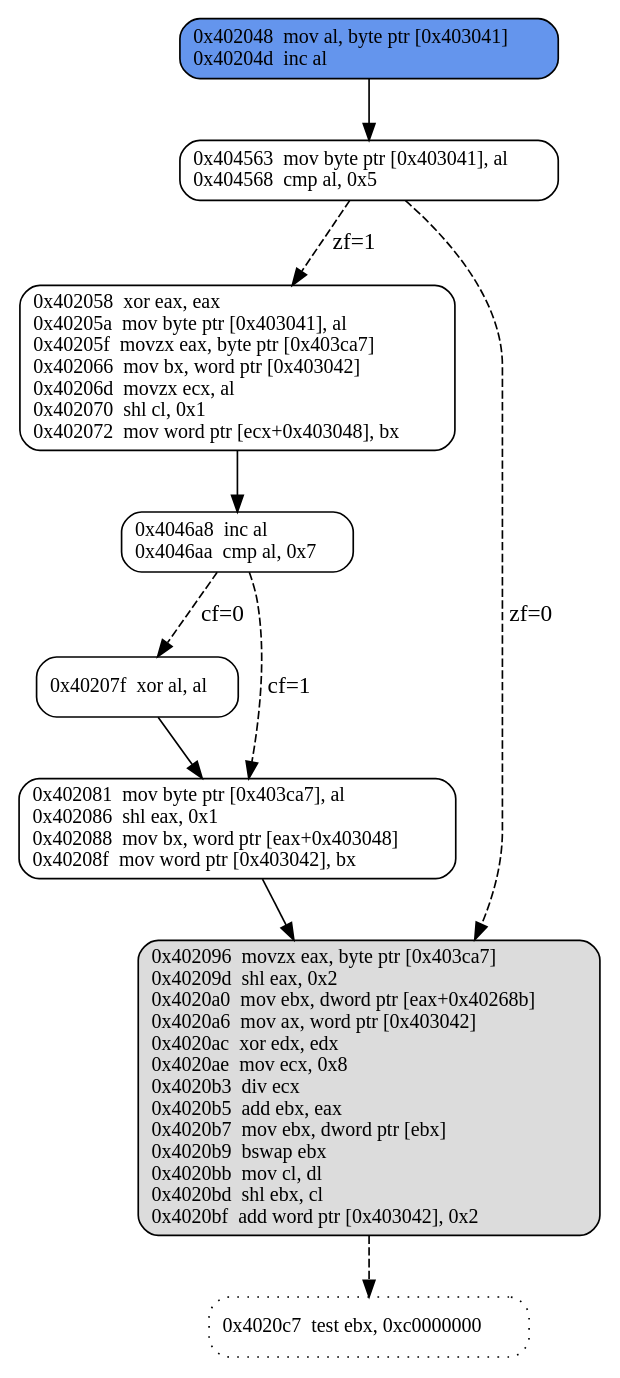
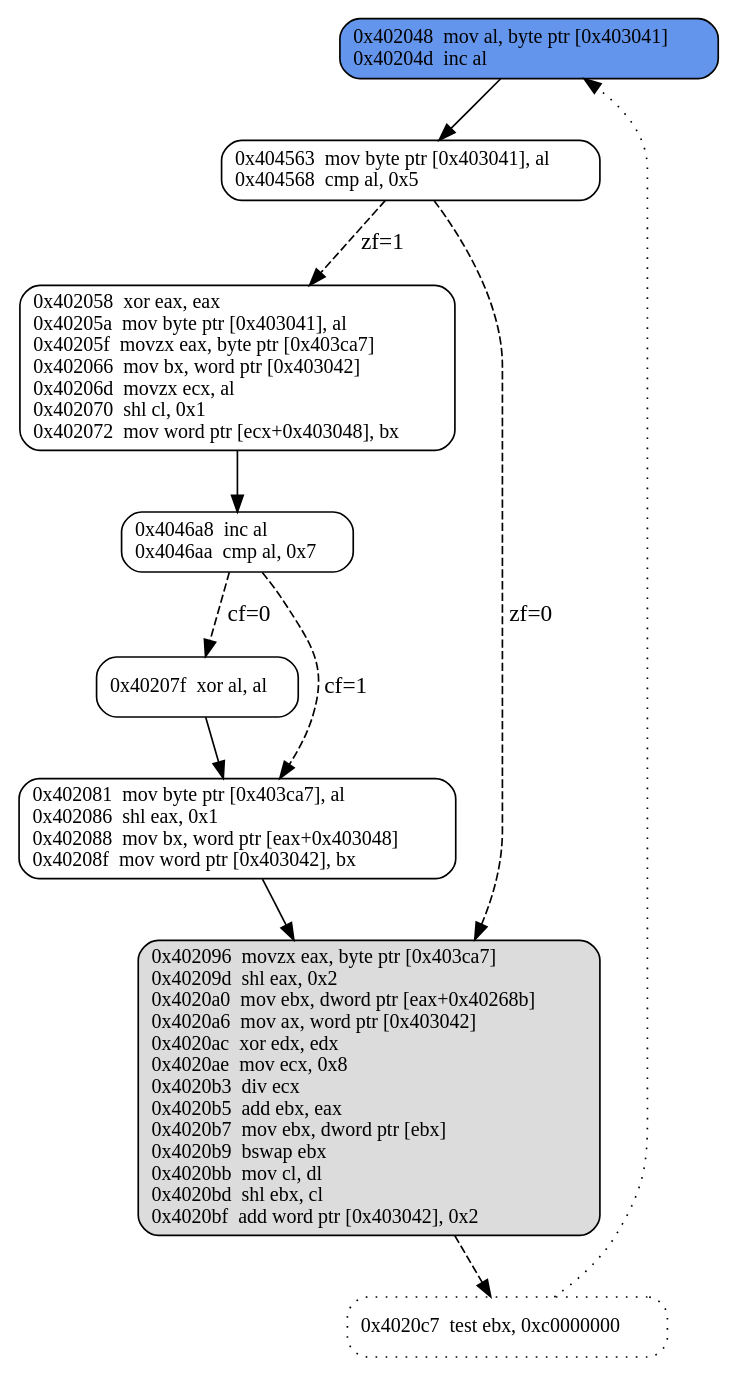
Before and after one commit to tathanhdinh/write-ups: the diagram in F4b_XOR_W4kfu_GreHack2015_part2/images/f4b_vm1_dispatcher.dot, drawn with Graphviz. The commit also changed 6 other files, not shown here.

```diff
--- a/F4b_XOR_W4kfu_GreHack2015_part2/images/f4b_vm1_dispatcher.dot
+++ b/F4b_XOR_W4kfu_GreHack2015_part2/images/f4b_vm1_dispatcher.dot
@@ -1,59 +1,60 @@
 digraph G {
   0 [
      fontname="Source Code Pro",
      fontsize=12, shape=box, style="rounded,filled", fillcolor=cornflowerblue,
      label="0x402048  mov al, byte ptr [0x403041]\l0x40204d  inc al\l"
   ];
 
   1 [
      fontname="Source Code Pro",
      fontsize=12, shape=box, style=rounded,
      label="0x404563  mov byte ptr [0x403041], al\l0x404568  cmp al, 0x5\l"
   ];
 
   2 [
      fontname="Source Code Pro",
      fontsize=12, shape=box, style=rounded,
      label="0x402058  xor eax, eax\l0x40205a  mov byte ptr [0x403041], al\l0x40205f  movzx eax, byte ptr [0x403ca7]\l0x402066  mov bx, word ptr [0x403042]\l0x40206d  movzx ecx, al\l0x402070  shl cl, 0x1\l0x402072  mov word ptr [ecx+0x403048], bx\l"
   ];
 
   3 [
      fontname="Source Code Pro",
      fontsize=12, shape=box, style=rounded,
      label="0x4046a8  inc al\l0x4046aa  cmp al, 0x7\l"
   ];
 
   4 [
      fontname="Source Code Pro",
      fontsize=12, shape=box, style=rounded,
      label="0x40207f  xor al, al\l"
   ];
 
   5 [
      fontname="Source Code Pro",
      fontsize=12, shape=box, style=rounded,
      label="0x402081  mov byte ptr [0x403ca7], al\l0x402086  shl eax, 0x1\l0x402088  mov bx, word ptr [eax+0x403048]\l0x40208f  mov word ptr [0x403042], bx\l"
   ];
 
   6 [
      fontname="Source Code Pro",
      fontsize=12, shape=box, style="rounded,filled", fillcolor=gainsboro,
      label="0x402096  movzx eax, byte ptr [0x403ca7]\l0x40209d  shl eax, 0x2\l0x4020a0  mov ebx, dword ptr [eax+0x40268b]\l0x4020a6  mov ax, word ptr [0x403042]\l0x4020ac  xor edx, edx\l0x4020ae  mov ecx, 0x8\l0x4020b3  div ecx\l0x4020b5  add ebx, eax\l0x4020b7  mov ebx, dword ptr [ebx]\l0x4020b9  bswap ebx\l0x4020bb  mov cl, dl\l0x4020bd  shl ebx, cl\l0x4020bf  add word ptr [0x403042], 0x2\l"
   ];
 
   7 [
     fontname="Source Code Pro",
     fontsize=12, shape=box, style="rounded,dotted",
     label="0x4020c7  test ebx, 0xc0000000\l"
   ]
 
   0 -> 1 [label="", style="solid"];
   1 -> 2 [label="zf=1", style="dashed"];
   1 -> 6 [label="zf=0", style="dashed"];
   2 -> 3 [label="", style="solid"];
   3 -> 4 [label="cf=0", style="dashed"];
   3 -> 5 [label="cf=1", style="dashed"];
   4 -> 5 [label="", style="solid"];
   5 -> 6 [label="", style="solid"];
   6 -> 7 [label="", style="dashed"];
+  7 -> 0 [label="", style="dotted"];
 }
```
